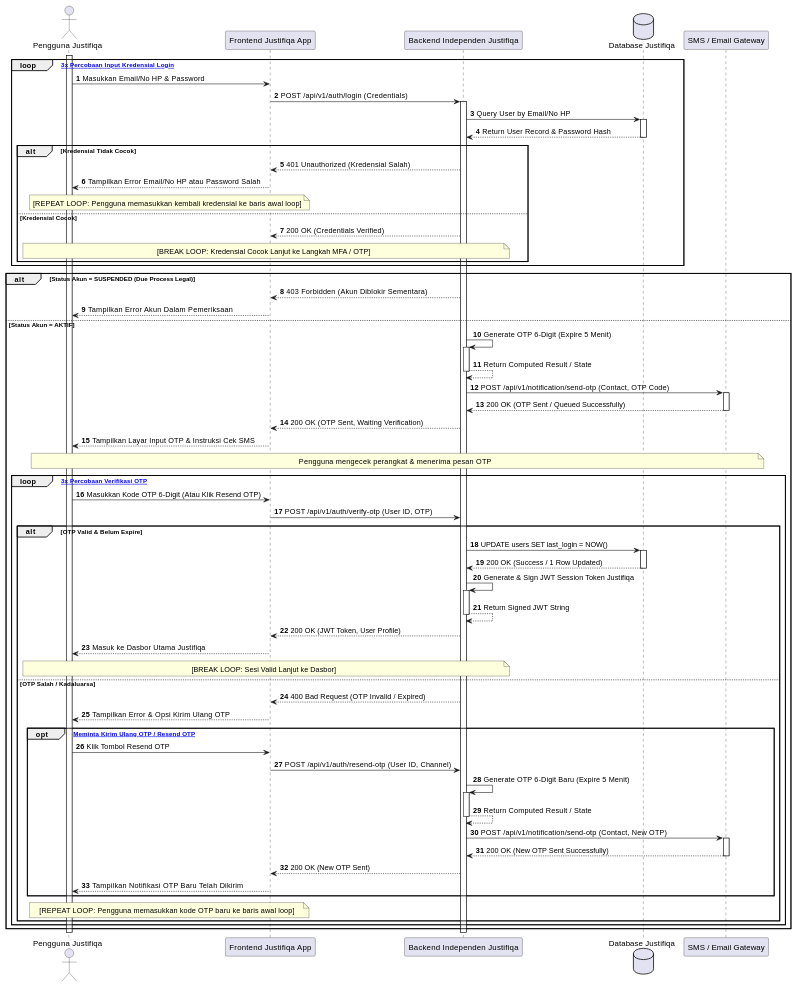
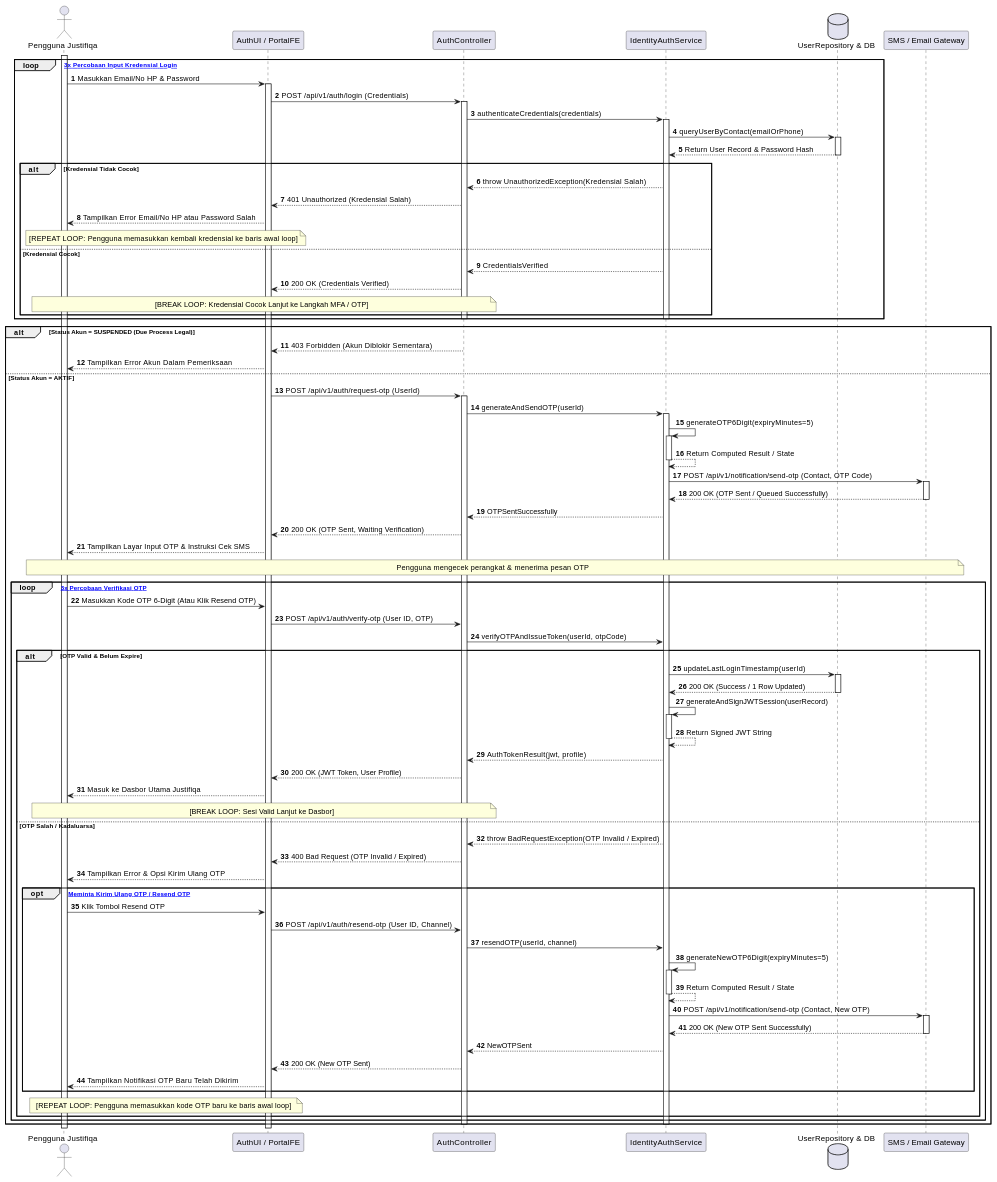
The second of 28 diagrams in MarkDown/plantuml_sequence_diagrams.md (tupperwureism/SuperApp-Gagal), drawn with PlantUML before and after one commit. The commit also changed other lines of this file, not shown here.

Commit message:
refactor(SD): refactor SD-J-01 through SD-J-05 to 5-Lifeline BCE architecture

```diff
--- a/MarkDown/plantuml_sequence_diagrams.md
+++ b/MarkDown/plantuml_sequence_diagrams.md
@@ -88,72 +95,87 @@
 @startuml
 autonumber
 actor "Pengguna Justifiqa" as User
-participant "Frontend Justifiqa App" as FE
-participant "Backend Independen Justifiqa" as BE
-database "Database Justifiqa" as DB
+participant "AuthUI / PortalFE" as FE
+participant "AuthController" as CTRL
+participant "IdentityAuthService" as SVC
+database "UserRepository & DB" as REPO
 participant "SMS / Email Gateway" as SMS
 
 activate User
 loop [Maksimal 3x Percobaan Input Kredensial Login]
-    User -> FE : Masukkan Email/No HP & Password
-    FE -> BE ++ : POST /api/v1/auth/login (Credentials)
+    User -> FE ++ : Masukkan Email/No HP & Password
+    FE -> CTRL ++ : POST /api/v1/auth/login (Credentials)
+    CTRL -> SVC ++ : authenticateCredentials(credentials)
 
-    BE -> DB ++ : Query User by Email/No HP
-    DB --> BE -- : Return User Record & Password Hash
+    SVC -> REPO ++ : queryUserByContact(emailOrPhone)
+    REPO --> SVC -- : Return User Record & Password Hash
 
     alt Kredensial Tidak Cocok
-        BE --> FE : 401 Unauthorized (Kredensial Salah)
+        SVC --> CTRL : throw UnauthorizedException(Kredensial Salah)
+        CTRL --> FE : 401 Unauthorized (Kredensial Salah)
         FE --> User : Tampilkan Error Email/No HP atau Password Salah
         note over User, FE : [REPEAT LOOP: Pengguna memasukkan kembali kredensial ke baris awal loop]
     else Kredensial Cocok
-        BE --> FE : 200 OK (Credentials Verified)
-        note over User, BE : [BREAK LOOP: Kredensial Cocok Lanjut ke Langkah MFA / OTP]
+        SVC --> CTRL : CredentialsVerified
+        CTRL --> FE : 200 OK (Credentials Verified)
+        note over User, CTRL : [BREAK LOOP: Kredensial Cocok Lanjut ke Langkah MFA / OTP]
     end
+    deactivate SVC
+    deactivate CTRL
 end
 
 alt Status Akun = SUSPENDED (Due Process Legal)
-    BE --> FE : 403 Forbidden (Akun Diblokir Sementara)
+    CTRL --> FE : 403 Forbidden (Akun Diblokir Sementara)
     FE --> User : Tampilkan Error Akun Dalam Pemeriksaan
 else Status Akun = AKTIF
-    BE -> BE ++ : Generate OTP 6-Digit (Expire 5 Menit)
-    BE --> BE -- : Return Computed Result / State
-    BE -> SMS ++ : POST /api/v1/notification/send-otp (Contact, OTP Code)
-    SMS --> BE -- : 200 OK (OTP Sent / Queued Successfully)
-    BE --> FE : 200 OK (OTP Sent, Waiting Verification)
+    FE -> CTRL ++ : POST /api/v1/auth/request-otp (UserId)
+    CTRL -> SVC ++ : generateAndSendOTP(userId)
+    SVC -> SVC ++ : generateOTP6Digit(expiryMinutes=5)
+    SVC --> SVC -- : Return Computed Result / State
+    SVC -> SMS ++ : POST /api/v1/notification/send-otp (Contact, OTP Code)
+    SMS --> SVC -- : 200 OK (OTP Sent / Queued Successfully)
+    SVC --> CTRL : OTPSentSuccessfully
+    CTRL --> FE : 200 OK (OTP Sent, Waiting Verification)
     FE --> User : Tampilkan Layar Input OTP & Instruksi Cek SMS
     note over User, SMS : Pengguna mengecek perangkat & menerima pesan OTP
     
     loop [Maksimal 3x Percobaan Verifikasi OTP]
         User -> FE : Masukkan Kode OTP 6-Digit (Atau Klik Resend OTP)
-        FE -> BE : POST /api/v1/auth/verify-otp (User ID, OTP)
+        FE -> CTRL : POST /api/v1/auth/verify-otp (User ID, OTP)
+        CTRL -> SVC : verifyOTPAndIssueToken(userId, otpCode)
         
         alt OTP Valid & Belum Expire
-            BE -> DB ++ : UPDATE users SET last_login = NOW()
-            DB --> BE -- : 200 OK (Success / 1 Row Updated)
-            BE -> BE ++ : Generate & Sign JWT Session Token Justifiqa
-            BE --> BE -- : Return Signed JWT String
-            BE --> FE : 200 OK (JWT Token, User Profile)
+            SVC -> REPO ++ : updateLastLoginTimestamp(userId)
+            REPO --> SVC -- : 200 OK (Success / 1 Row Updated)
+            SVC -> SVC ++ : generateAndSignJWTSession(userRecord)
+            SVC --> SVC -- : Return Signed JWT String
+            SVC --> CTRL : AuthTokenResult(jwt, profile)
+            CTRL --> FE : 200 OK (JWT Token, User Profile)
             FE --> User : Masuk ke Dasbor Utama Justifiqa
-            note over User, BE : [BREAK LOOP: Sesi Valid Lanjut ke Dasbor]
+            note over User, CTRL : [BREAK LOOP: Sesi Valid Lanjut ke Dasbor]
         else OTP Salah / Kadaluarsa
-            BE --> FE : 400 Bad Request (OTP Invalid / Expired)
+            SVC --> CTRL : throw BadRequestException(OTP Invalid / Expired)
+            CTRL --> FE : 400 Bad Request (OTP Invalid / Expired)
             FE --> User : Tampilkan Error & Opsi Kirim Ulang OTP
             
             opt [Pengguna Meminta Kirim Ulang OTP / Resend OTP]
                 User -> FE : Klik Tombol Resend OTP
-                FE -> BE : POST /api/v1/auth/resend-otp (User ID, Channel)
-                BE -> BE ++ : Generate OTP 6-Digit Baru (Expire 5 Menit)
-                BE --> BE -- : Return Computed Result / State
-                BE -> SMS ++ : POST /api/v1/notification/send-otp (Contact, New OTP)
-                SMS --> BE -- : 200 OK (New OTP Sent Successfully)
-                BE --> FE : 200 OK (New OTP Sent)
+                FE -> CTRL : POST /api/v1/auth/resend-otp (User ID, Channel)
+                CTRL -> SVC : resendOTP(userId, channel)
+                SVC -> SVC ++ : generateNewOTP6Digit(expiryMinutes=5)
+                SVC --> SVC -- : Return Computed Result / State
+                SVC -> SMS ++ : POST /api/v1/notification/send-otp (Contact, New OTP)
+                SMS --> SVC -- : 200 OK (New OTP Sent Successfully)
+                SVC --> CTRL : NewOTPSent
+                CTRL --> FE : 200 OK (New OTP Sent)
                 FE --> User : Tampilkan Notifikasi OTP Baru Telah Dikirim
             end
             note over User, FE : [REPEAT LOOP: Pengguna memasukkan kode OTP baru ke baris awal loop]
         end
     end
+    deactivate SVC
+    deactivate CTRL
 end
-deactivate BE
 deactivate FE
 deactivate User
 @enduml
```
